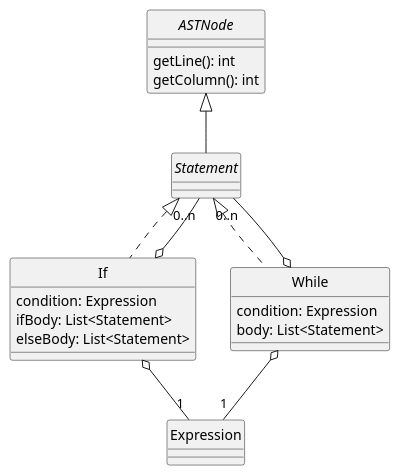
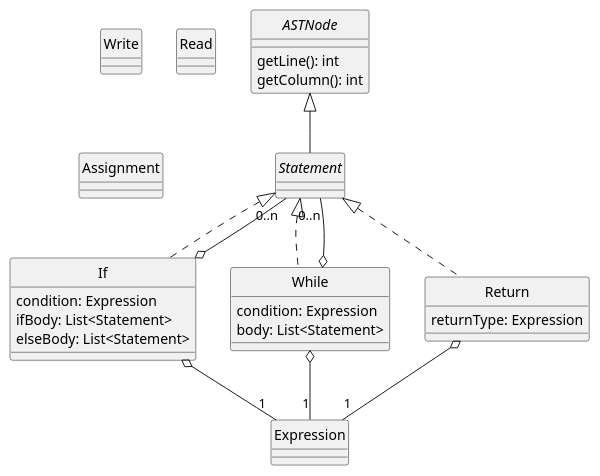
Before and after one commit to DavidGonzalezFernandez/dlp-compiler: the diagram in docs/diagrams/statements.plantuml, drawn with PlantUML. The commit also changed 13 other files, not shown here.

```diff
--- a/docs/diagrams/statements.plantuml
+++ b/docs/diagrams/statements.plantuml
@@ -1,34 +1,45 @@
 @startuml Statements
 skinparam style strictuml
 skinparam monochrome true
 
 
 interface ASTNode {
     getLine(): int
     getColumn(): int
 }
 
 interface Statement
 
 class If {
     condition: Expression
     ifBody: List<Statement>
     elseBody: List<Statement>
 }
 
 class While {
     condition: Expression
     body: List<Statement>
 }
 
+class Return {
+    returnType: Expression
+}
+
+class Write
+class Read
+class Assignment
+
 ASTNode <|-- Statement
 Statement <|.. If
 Statement <|.. While
+Statement <|.. Return
 
 If o-- "1" Expression
 While o-- "1" Expression
+Return o-- "1" Expression
+
 If o-- "0..n" Statement
 While o-- "0..n" Statement
 
 
 @enduml
```
